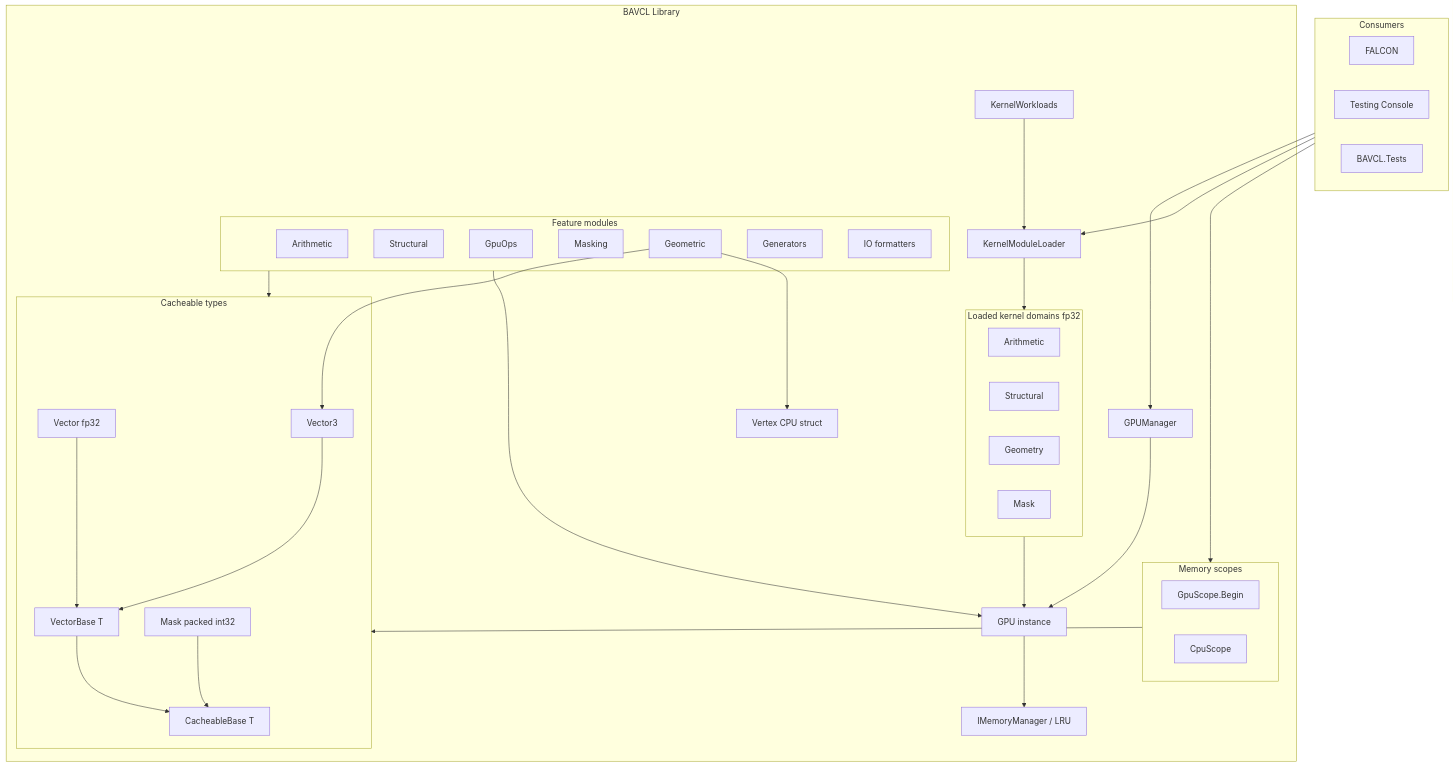
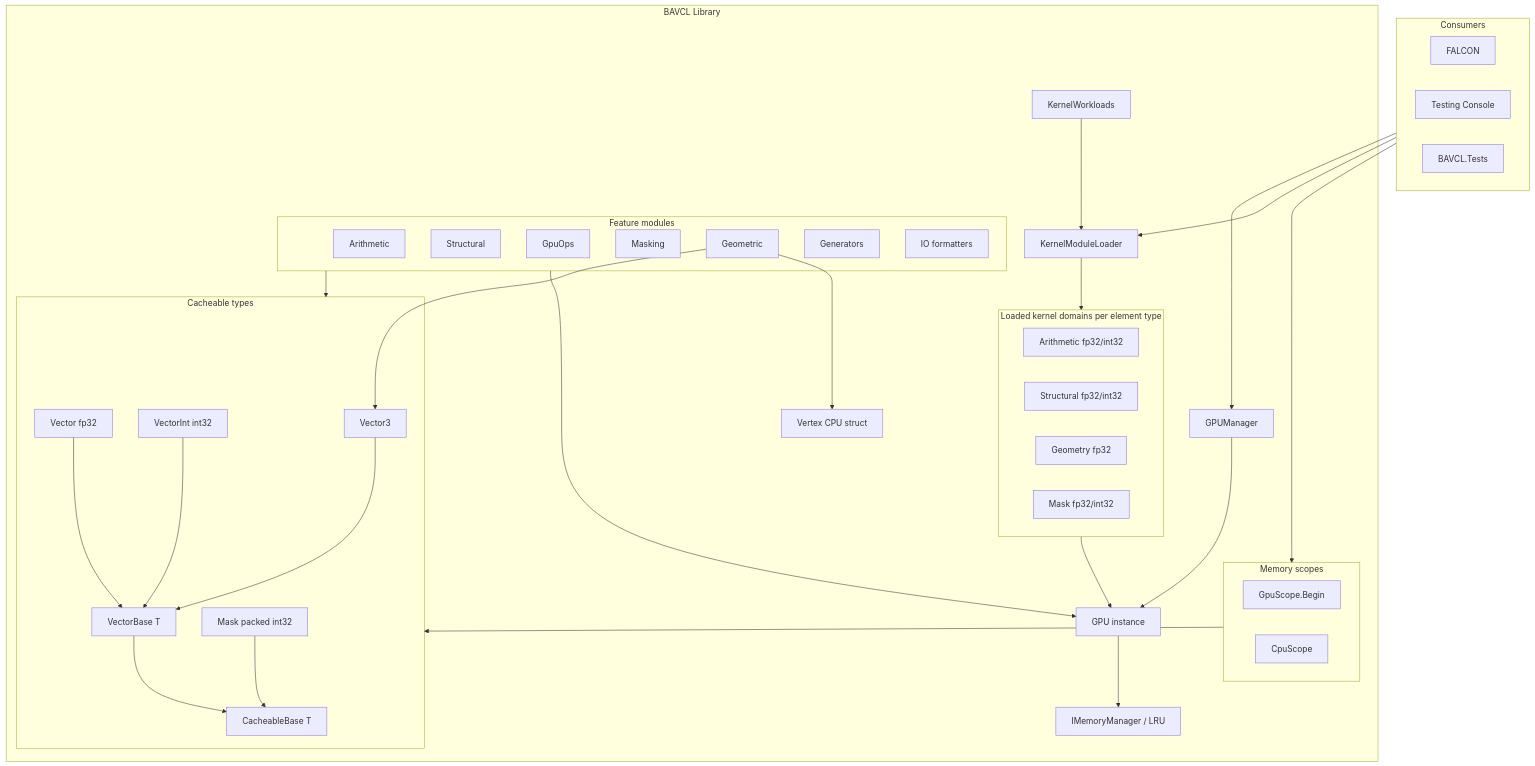
Before and after one commit to MPSQUARK/BAVCL: the first of 6 diagrams in Documentation/BAVCLSpecification.md, drawn with Mermaid. The commit also changed other lines of this file, not shown here.

````diff
--- a/Documentation/BAVCLSpecification.md
+++ b/Documentation/BAVCLSpecification.md
@@ -164,65 +164,67 @@
 ```mermaid
 flowchart TD
     subgraph consumers [Consumers]
         FALCON[FALCON]
         TC[Testing Console]
         Tests[BAVCL.Tests]
     end
 
     subgraph bavcl [BAVCL Library]
         GM[GPUManager]
         GPU[GPU instance]
         KML[KernelModuleLoader]
         KW[KernelWorkloads]
         MM[IMemoryManager / LRU]
 
         subgraph scopes [Memory scopes]
             GS[GpuScope.Begin]
             CS[CpuScope]
         end
 
         subgraph types [Cacheable types]
             CB[CacheableBase T]
             VB[VectorBase T]
             V[Vector fp32]
+            VI[VectorInt int32]
             V3[Vector3]
             M[Mask packed int32]
         end
 
         subgraph modules [Feature modules]
             AR[Arithmetic]
             ST[Structural]
             GP[GpuOps]
             MK[Masking]
             GE[Geometric]
             GN[Generators]
             IO[IO formatters]
         end
 
-        subgraph domains [Loaded kernel domains fp32]
-            KD_AR[Arithmetic]
-            KD_ST[Structural]
-            KD_GE[Geometry]
-            KD_MK[Mask]
+        subgraph domains [Loaded kernel domains per element type]
+            KD_AR[Arithmetic fp32/int32]
+            KD_ST[Structural fp32/int32]
+            KD_GE[Geometry fp32]
+            KD_MK[Mask fp32/int32]
         end
 
         VT[Vertex CPU struct]
     end
 
     consumers --> GM
     GM --> GPU
     consumers --> KML
     KW --> KML
     KML --> domains
     domains --> GPU
     GPU --> MM
     consumers --> scopes
     scopes --> types
     modules --> types
     modules --> GPU
     V --> VB --> CB
+    VI --> VB
     V3 --> VB
     M --> CB
     GE --> V3
     GE --> VT
 ```
````
